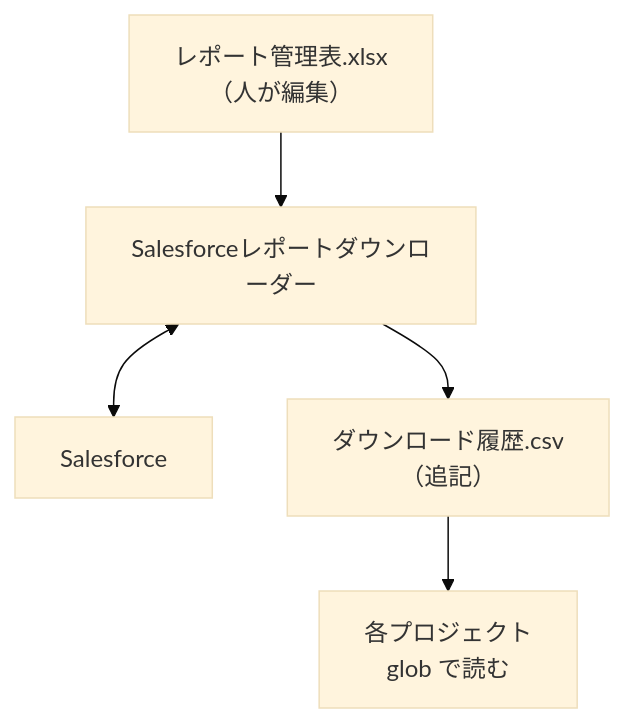
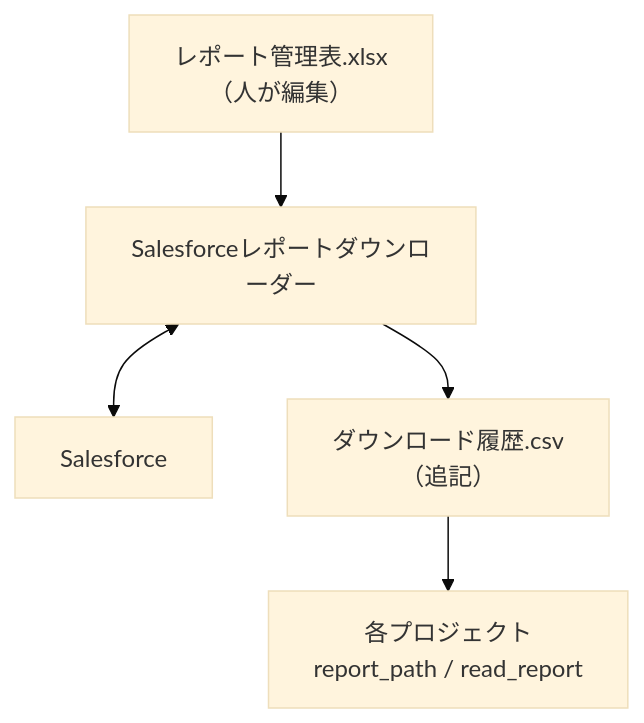
The first of 3 diagrams in docs/salesforce-downloader.md (tenniscorecom/salesforce-report-downloader), drawn with Mermaid (base theme) before and after one commit. The commit also changed other lines of this file and 1 other file, not shown here.

````diff
--- a/docs/salesforce-downloader.md
+++ b/docs/salesforce-downloader.md
@@ -25,7 +25,7 @@
 ```mermaid
 graph TD
     A["レポート管理表.xlsx<br/>（人が編集）"] --> B["Salesforceレポートダウンローダー"]
     B <--> C["Salesforce"]
     B --> D["ダウンロード履歴.csv<br/>（追記）"]
-    D --> F["各プロジェクト<br/>glob で読む"]
+    D --> F["各プロジェクト<br/>report_path / read_report"]
 ```
````
